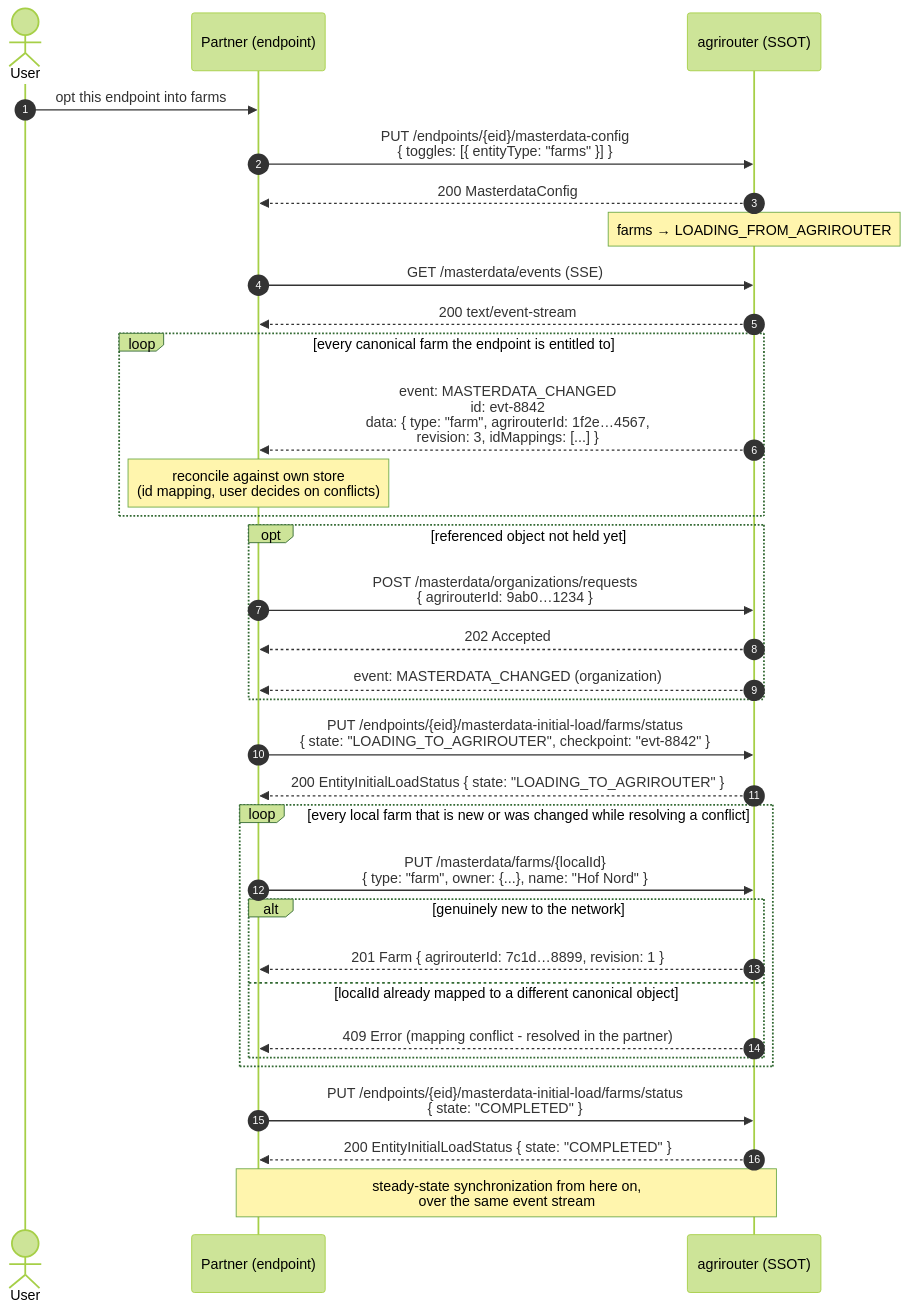
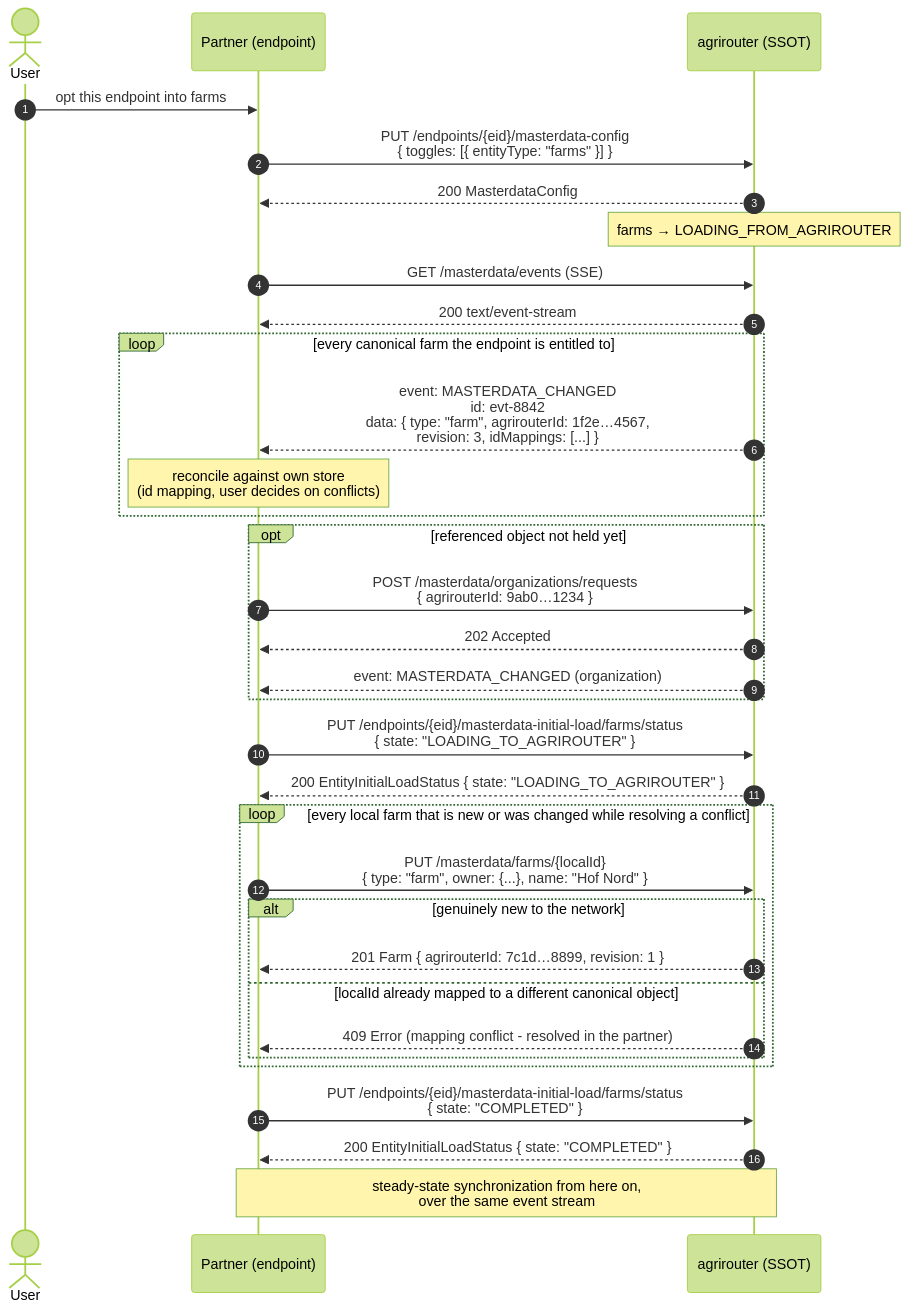
One commit to DKE-Data/masterdata-sync-working-group changed the second of 3 diagrams in architecture/06-initial-load.md. Above: the diagram before and after it, drawn with Mermaid (forest theme). The commit also changed other lines of this file and 2 other files, not shown here.

Commit message:
Update resume/replay mechanism (remove checkpoint)

````diff
--- a/architecture/06-initial-load.md
+++ b/architecture/06-initial-load.md
@@ -62,40 +62,40 @@
 ```mermaid
 sequenceDiagram
     autonumber
     actor U as User
     participant P as Partner (endpoint)
     participant AR as agrirouter (SSOT)
 
     U->>P: opt this endpoint into farms
     P->>AR: PUT /endpoints/{eid}/masterdata-config<br/>{ toggles: [{ entityType: "farms" }] }
     AR-->>P: 200 MasterdataConfig
     Note over AR: farms → LOADING_FROM_AGRIROUTER
 
     P->>AR: GET /masterdata/events (SSE)
     AR-->>P: 200 text/event-stream
     loop every canonical farm the endpoint is entitled to
         AR-->>P: event: MASTERDATA_CHANGED<br/>id: evt-8842<br/>data: { type: "farm", agrirouterId: 1f2e…4567,<br/>revision: 3, idMappings: [...] }
         Note over P: reconcile against own store<br/>(id mapping, user decides on conflicts)
     end
     opt referenced object not held yet
         P->>AR: POST /masterdata/organizations/requests<br/>{ agrirouterId: 9ab0…1234 }
         AR-->>P: 202 Accepted
         AR-->>P: event: MASTERDATA_CHANGED (organization)
     end
 
-    P->>AR: PUT /endpoints/{eid}/masterdata-initial-load/farms/status<br/>{ state: "LOADING_TO_AGRIROUTER", checkpoint: "evt-8842" }
+    P->>AR: PUT /endpoints/{eid}/masterdata-initial-load/farms/status<br/>{ state: "LOADING_TO_AGRIROUTER" }
     AR-->>P: 200 EntityInitialLoadStatus { state: "LOADING_TO_AGRIROUTER" }
 
     loop every local farm that is new or was changed while resolving a conflict
         P->>AR: PUT /masterdata/farms/{localId}<br/>{ type: "farm", owner: {...}, name: "Hof Nord" }
         alt genuinely new to the network
             AR-->>P: 201 Farm { agrirouterId: 7c1d…8899, revision: 1 }
         else localId already mapped to a different canonical object
             AR-->>P: 409 Error (mapping conflict - resolved in the partner)
         end
     end
 
     P->>AR: PUT /endpoints/{eid}/masterdata-initial-load/farms/status<br/>{ state: "COMPLETED" }
     AR-->>P: 200 EntityInitialLoadStatus { state: "COMPLETED" }
     Note over P,AR: steady-state synchronization from here on,<br/>over the same event stream
 ```
````
